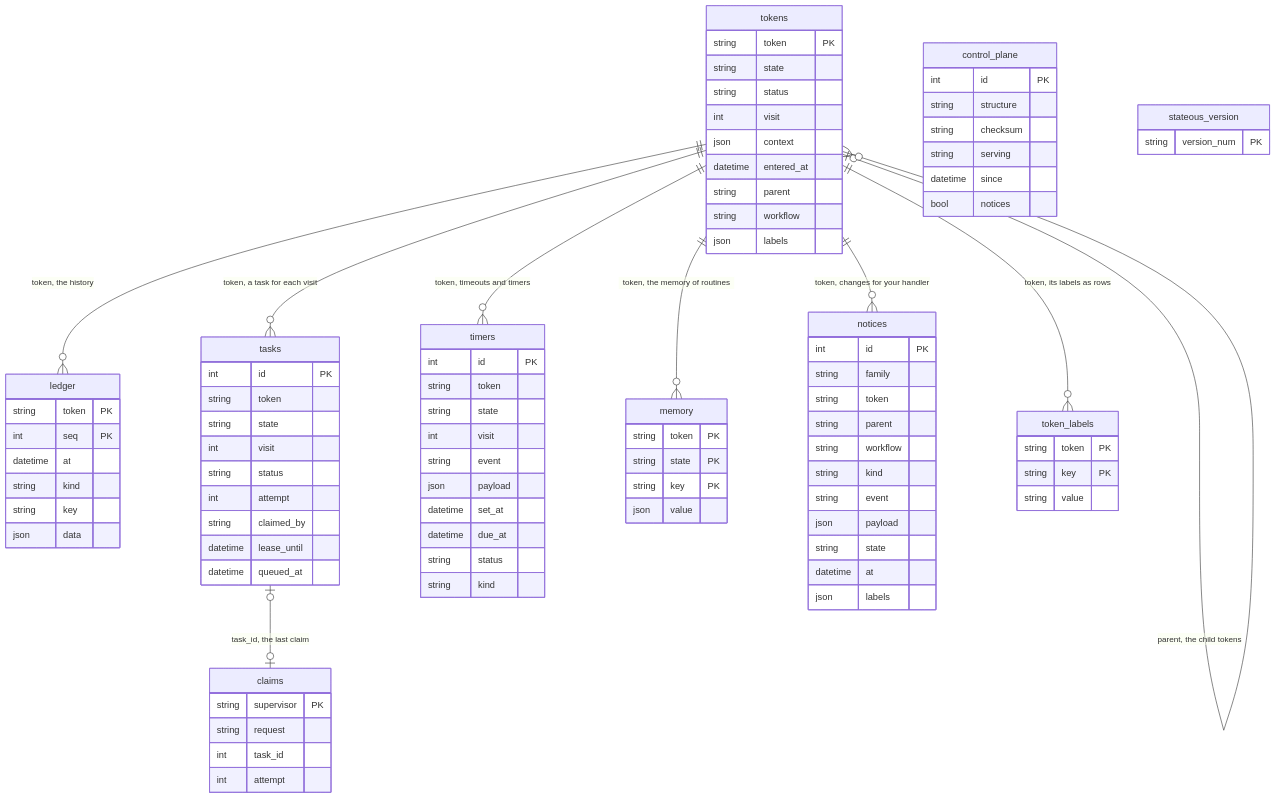
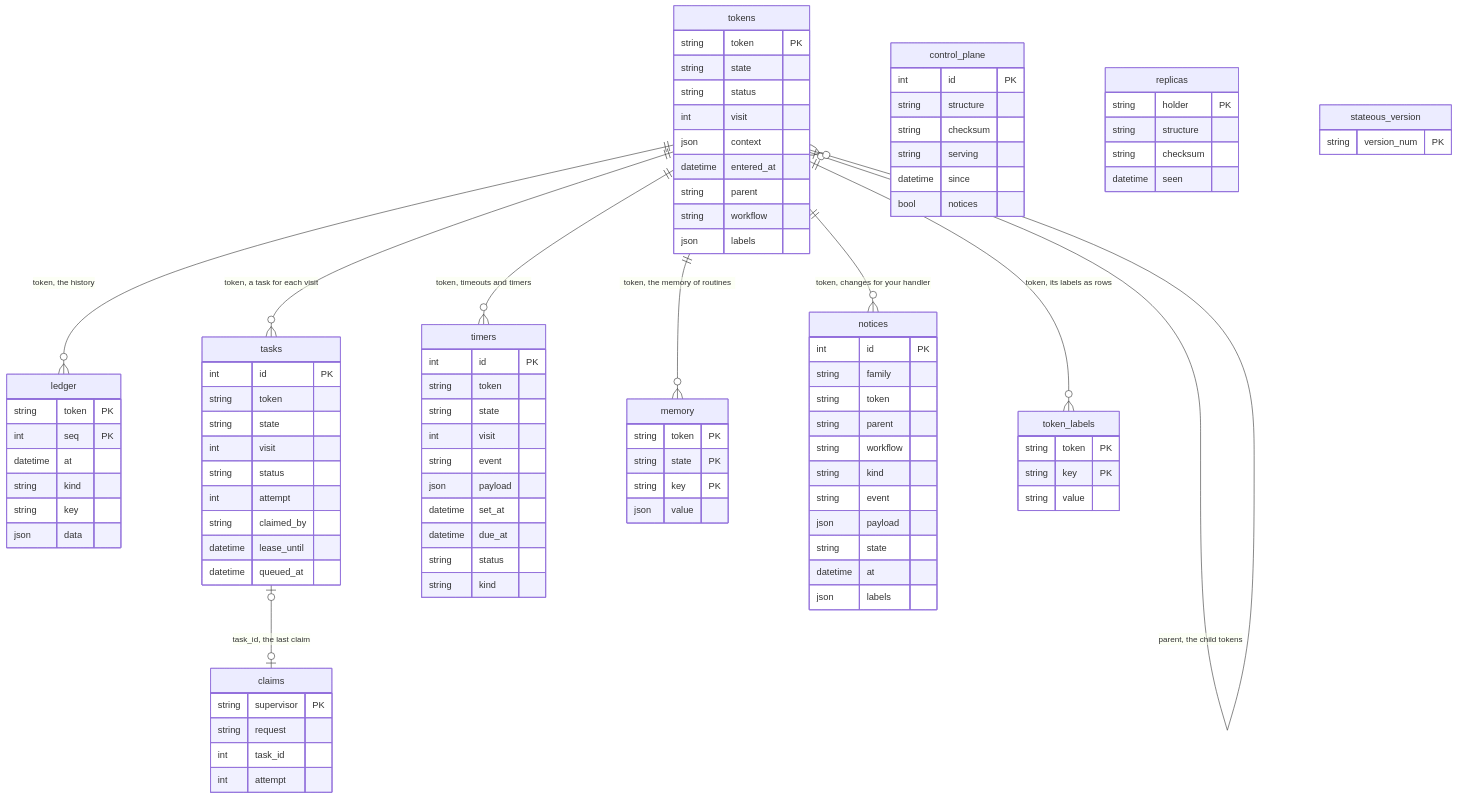
Before and after one commit to StateousLabs/stateous: the first of 2 diagrams in docs/inside/data.md, drawn with Mermaid. The commit also changed other lines of this file and 7 other files, not shown here.

```diff
--- a/docs/inside/data.md
+++ b/docs/inside/data.md
@@ -99,6 +99,12 @@
         datetime at
         json labels
     }
+    replicas {
+        string holder PK
+        string structure
+        string checksum
+        datetime seen
+    }
     stateous_version {
         string version_num PK
     }
```
